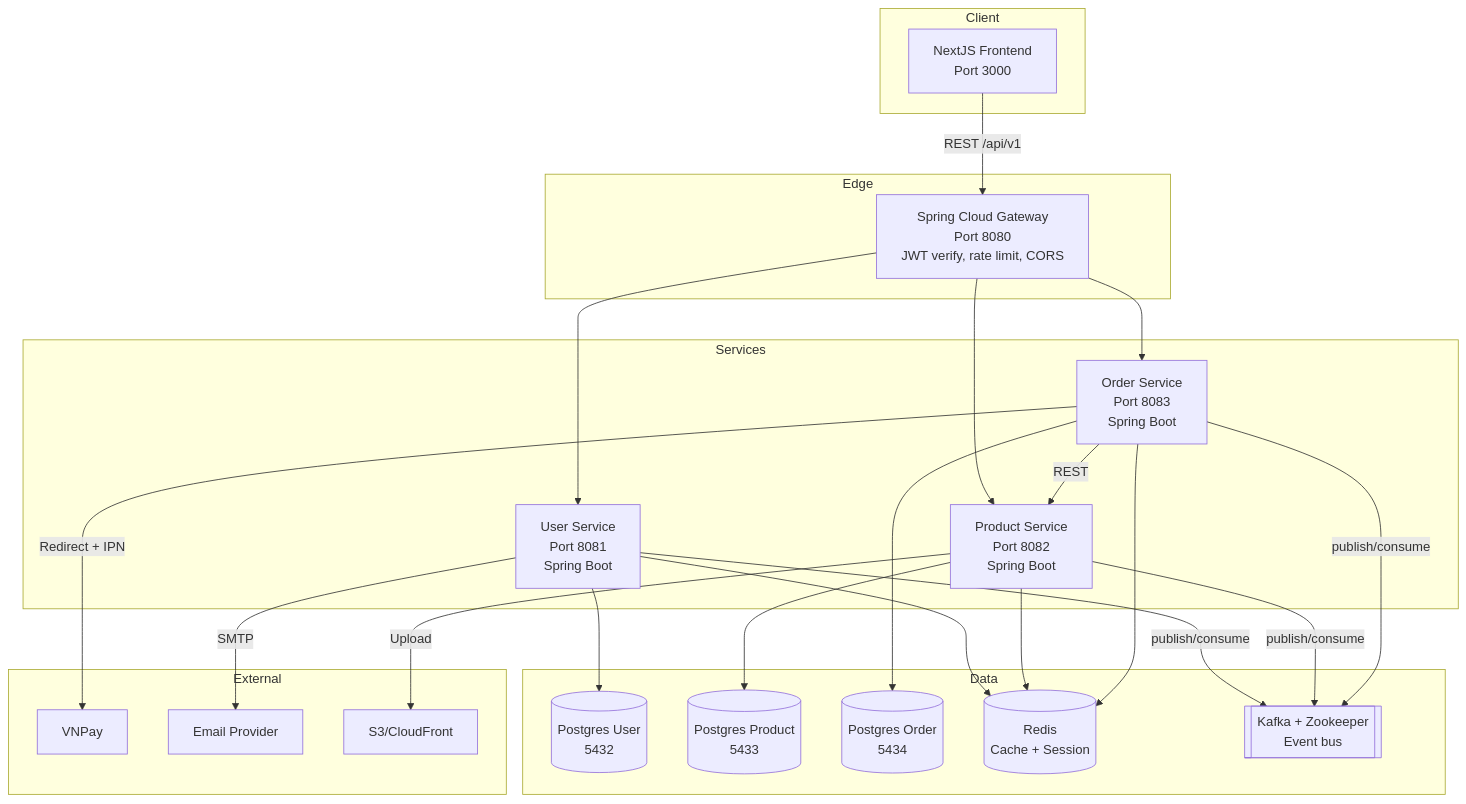
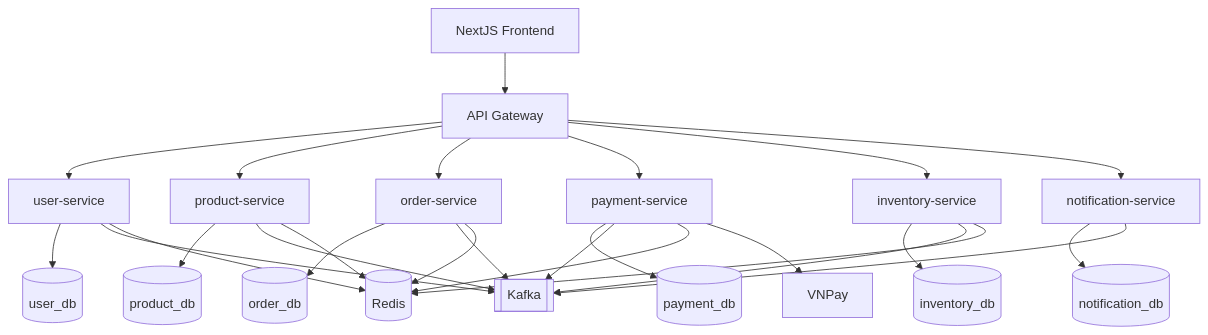
One commit to dminhduc250136/ptit_htpt changed the diagram in architecture/00-overview.md. Above: the diagram before and after it, drawn with Mermaid. The commit also changed other lines of this file and 30 other files, not shown here.

````diff
--- a/architecture/00-overview.md
+++ b/architecture/00-overview.md
@@ -34,52 +13,53 @@
 ```mermaid
 graph TB
-    subgraph Client
-        Web[NextJS Frontend<br/>Port 3000]
-    end
+    FE[NextJS Frontend]
+    GW[API Gateway]
 
-    subgraph Edge
-        Gateway[Spring Cloud Gateway<br/>Port 8080<br/>JWT verify, rate limit, CORS]
-    end
+    US[user-service]
+    PS[product-service]
+    OS[order-service]
+    PAY[payment-service]
+    INV[inventory-service]
+    NOTI[notification-service]
 
-    subgraph Services
-        US[User Service<br/>Port 8081<br/>Spring Boot]
-        PS[Product Service<br/>Port 8082<br/>Spring Boot]
-        OS[Order Service<br/>Port 8083<br/>Spring Boot]
-    end
+    UDB[(user_db)]
+    PDB[(product_db)]
+    ODB[(order_db)]
+    PAYDB[(payment_db)]
+    INVDB[(inventory_db)]
+    NDB[(notification_db)]
 
-    subgraph Data
-        UDB[(Postgres User<br/>5432)]
-        PDB[(Postgres Product<br/>5433)]
-        ODB[(Postgres Order<br/>5434)]
-        Redis[(Redis<br/>Cache + Session)]
-        Kafka[[Kafka + Zookeeper<br/>Event bus]]
-    end
+    K[[Kafka]]
+    R[(Redis)]
+    VNPAY[VNPay]
 
-    subgraph External
-        VNPay[VNPay]
-        Email[Email Provider]
-        S3[S3/CloudFront]
-    end
-
-    Web -->|REST /api/v1| Gateway
-    Gateway --> US
-    Gateway --> PS
-    Gateway --> OS
+    FE --> GW
+    GW --> US
+    GW --> PS
+    GW --> OS
+    GW --> PAY
+    GW --> INV
+    GW --> NOTI
 
     US --> UDB
     PS --> PDB
     OS --> ODB
+    PAY --> PAYDB
+    INV --> INVDB
+    NOTI --> NDB
 
-    US --> Redis
-    PS --> Redis
-    OS --> Redis
+    US --> K
+    PS --> K
+    OS --> K
+    PAY --> K
+    INV --> K
+    NOTI --> K
 
-    US -->|publish/consume| Kafka
-    PS -->|publish/consume| Kafka
-    OS -->|publish/consume| Kafka
+    US --> R
+    PS --> R
+    OS --> R
+    PAY --> R
+    INV --> R
 
-    OS -->|REST| PS
-    OS -->|Redirect + IPN| VNPay
-    US -->|SMTP| Email
-    PS -->|Upload| S3
+    PAY --> VNPAY
 ```
````
